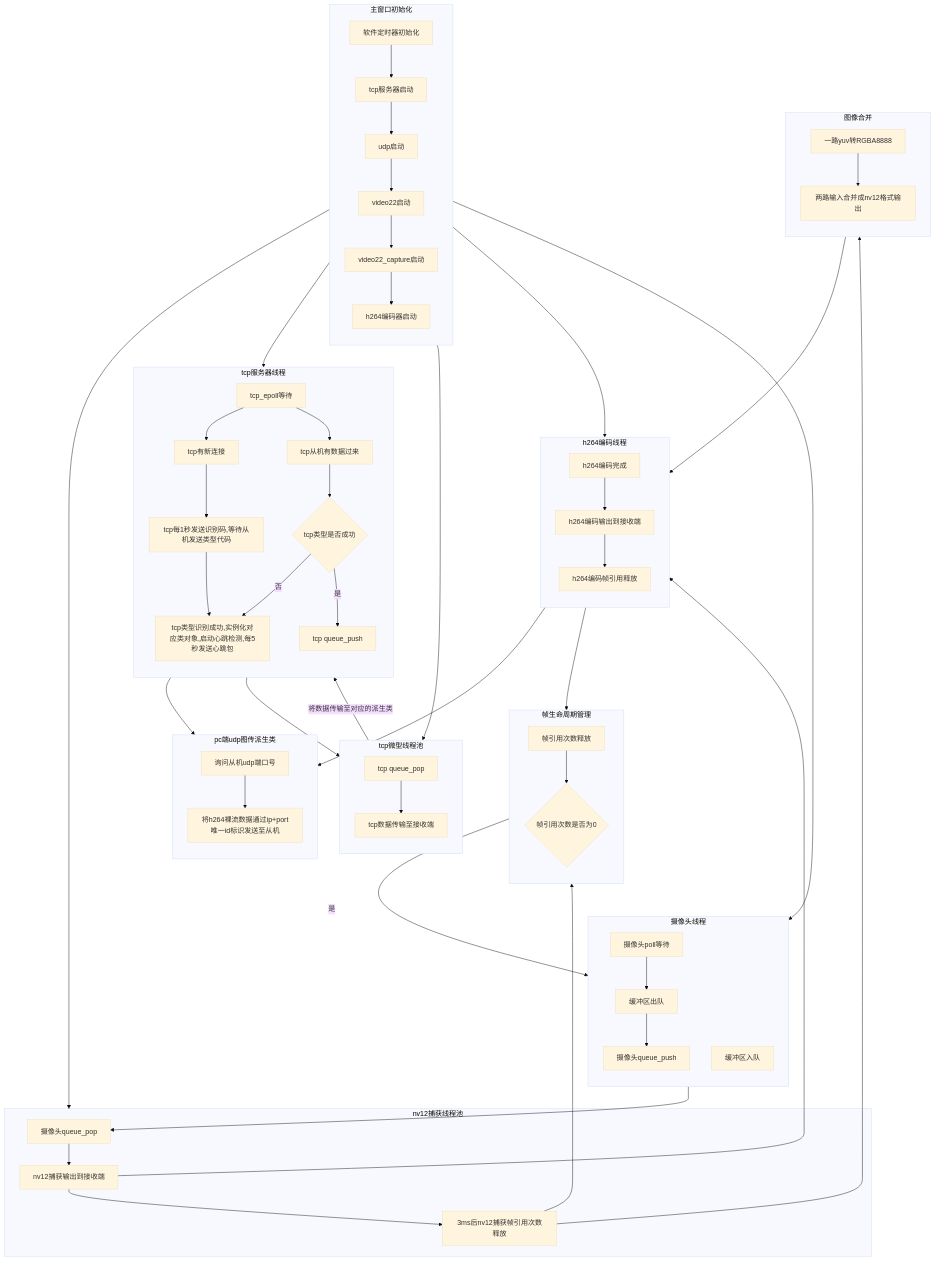
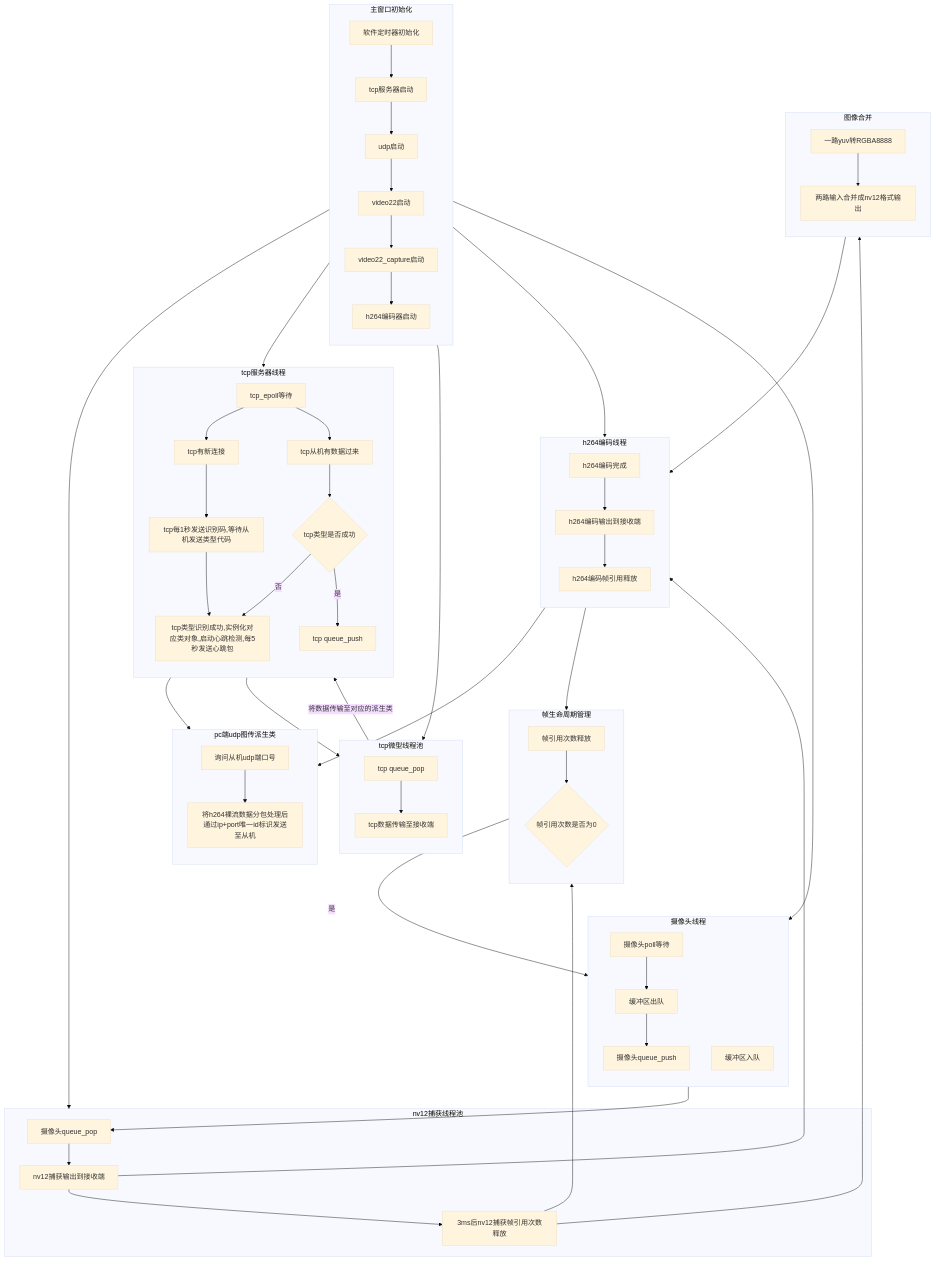
One commit to GravityandSupport/rk3562_camera changed the diagram in README.md. Above: the diagram before and after it, drawn with Mermaid (base theme). The commit also changed other lines of this file, not shown here.

````diff
--- a/README.md
+++ b/README.md
@@ -5,78 +5,78 @@
 ```mermaid
 flowchart TD
     subgraph 主窗口初始化
         direction TD
         软件定时器初始化-->tcp服务器启动
         tcp服务器启动-->udp启动
         udp启动-->video22启动
         video22启动-->video22_capture启动
         video22_capture启动-->h264编码器启动
     end
 
     subgraph 摄像头线程
         direction TD
         摄像头poll等待-->缓冲区出队
         缓冲区出队-->摄像头queue_push
 
         缓冲区入队
     end
     video22启动-->摄像头线程
 
     subgraph nv12捕获线程池
         摄像头queue_push-->摄像头queue_pop
 		摄像头queue_pop --> nv12捕获输出到接收端
         nv12捕获输出到接收端-->3ms后nv12捕获帧引用次数释放
 	end
     video22_capture启动-->nv12捕获线程池
 
     subgraph h264编码线程
         direction TD
         nv12捕获输出到接收端-->h264编码完成
         h264编码完成-->h264编码输出到接收端
         h264编码输出到接收端-->h264编码帧引用释放
     end
     h264编码器启动-->h264编码线程
 
     subgraph 帧生命周期管理
         direction TD
         3ms后nv12捕获帧引用次数释放-->帧引用次数释放
         h264编码帧引用释放-->帧引用次数释放
         帧引用次数释放-->帧引用次数是否为0{帧引用次数是否为0}
         帧引用次数是否为0-->|是| 缓冲区入队
     end
 
     subgraph tcp微型线程池
         direction TD
 		tcp_queue_pop[tcp queue_pop]-->tcp数据传输至接收端
 	end
 
     subgraph tcp服务器线程
         direction TD
         tcp_epoll等待-->tcp有新连接
         tcp有新连接-->tcp识别类型[tcp每1秒发送识别码,等待从机发送类型代码]
         tcp识别类型-->tcp识别成功[tcp类型识别成功,实例化对应类对象,启动心跳检测,每5秒发送心跳包]
 
         tcp_epoll等待-->tcp从机有数据过来
         tcp从机有数据过来-->tcp类型是否成功{tcp类型是否成功}
         tcp类型是否成功-->|是| tcp_queue_push[tcp queue_push]
         tcp类型是否成功-->|否| tcp识别成功
     end
     tcp_queue_push-->tcp_queue_pop
     tcp数据传输至接收端-->|将数据传输至对应的派生类|tcp识别成功
     tcp服务器启动-->tcp服务器线程
     tcp服务器启动-->tcp微型线程池
 
     subgraph pc端udp图传派生类
         direction TD
-        pc端udp图传发送询问端口号[询问从机udp端口号]-->pc端udp图传h264裸流发送[将h264裸流数据通过ip+port唯一id标识发送至从机]
+        pc端udp图传发送询问端口号[询问从机udp端口号]-->pc端udp图传h264裸流发送[将h264裸流数据分包处理后通过ip+port唯一id标识发送至从机]
     end
     tcp识别成功-->pc端udp图传派生类
     h264编码输出到接收端-->pc端udp图传h264裸流发送
 
 	subgraph 图像合并
         direction TD
         图像合并rga转一路输入格式[一路yuv转RGBA8888]-->图像合并rga合并[两路输入合并成nv12格式输出]
     end
     3ms后nv12捕获帧引用次数释放-->图像合并rga转一路输入格式
     图像合并rga合并-->h264编码完成
 ```
````
